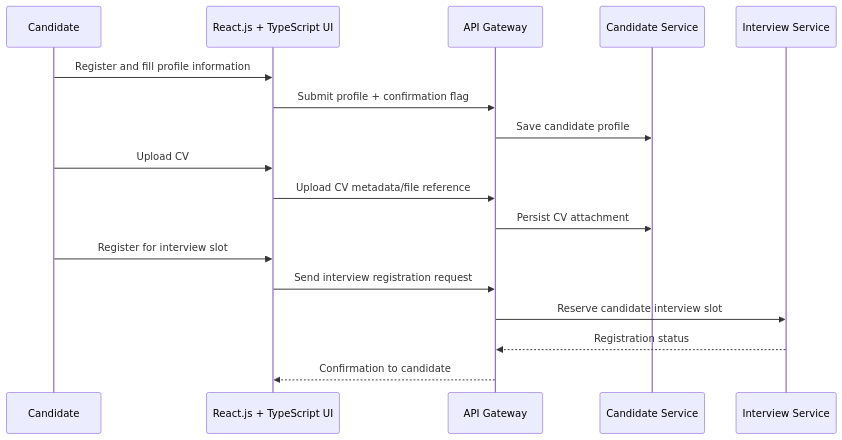
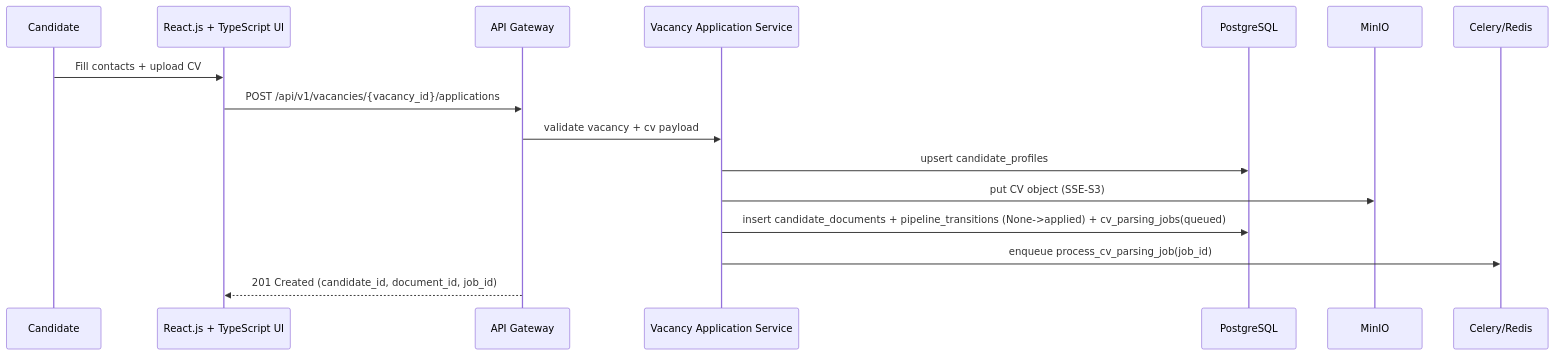
The seventh of 14 diagrams in docs/architecture/diagrams.md (RubiFoc/hrm), drawn with Mermaid before and after one commit. The commit also changed other lines of this file and 42 other files, not shown here.

````diff
--- a/docs/architecture/diagrams.md
+++ b/docs/architecture/diagrams.md
@@ -224,20 +224,19 @@
 ```mermaid
 sequenceDiagram
   participant C as Candidate
   participant UI as React.js + TypeScript UI
   participant API as API Gateway
-  participant CAND as Candidate Service
-  participant INT as Interview Service
+  participant VAC as Vacancy Application Service
+  participant DB as PostgreSQL
+  participant OBJ as MinIO
+  participant Q as Celery/Redis
 
-  C->>UI: Register and fill profile information
-  UI->>API: Submit profile + confirmation flag
-  API->>CAND: Save candidate profile
-  C->>UI: Upload CV
-  UI->>API: Upload CV metadata/file reference
-  API->>CAND: Persist CV attachment
-  C->>UI: Register for interview slot
-  UI->>API: Send interview registration request
-  API->>INT: Reserve candidate interview slot
-  INT-->>API: Registration status
-  API-->>UI: Confirmation to candidate
+  C->>UI: Fill contacts + upload CV
+  UI->>API: POST /api/v1/vacancies/{vacancy_id}/applications
+  API->>VAC: validate vacancy + cv payload
+  VAC->>DB: upsert candidate_profiles
+  VAC->>OBJ: put CV object (SSE-S3)
+  VAC->>DB: insert candidate_documents + pipeline_transitions (None->applied) + cv_parsing_jobs(queued)
+  VAC->>Q: enqueue process_cv_parsing_job(job_id)
+  API-->>UI: 201 Created (candidate_id, document_id, job_id)
 ```
````
